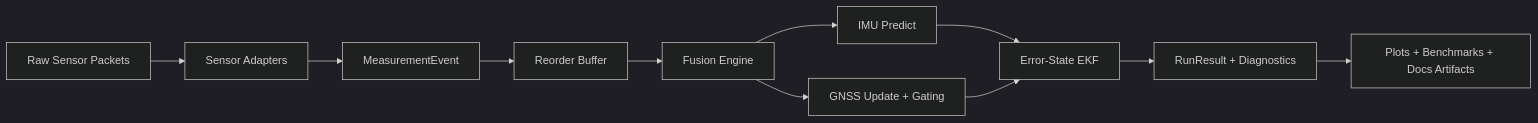
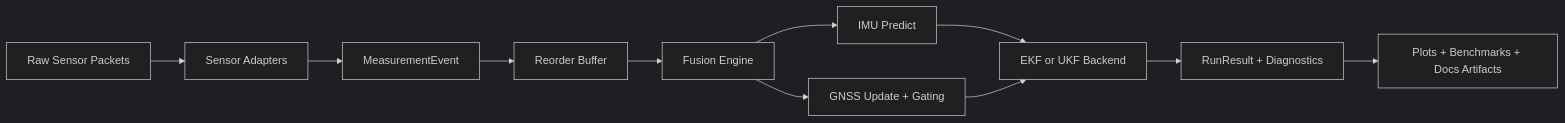
Before and after one commit to leo-01000111/navfusion: the diagram in README.md, drawn with Mermaid (dark theme). The commit also changed other lines of this file and 14 other files, not shown here.

Commit message:
feat: add UKF backend with config-based selection, tests, and EKF-vs-UKF benchmarking

````diff
--- a/README.md
+++ b/README.md
@@ -22,13 +22,13 @@
 ```mermaid
 flowchart LR
     A[Raw Sensor Packets] --> B[Sensor Adapters]
     B --> C[MeasurementEvent]
     C --> D[Reorder Buffer]
     D --> E[Fusion Engine]
     E --> F[IMU Predict]
     E --> G[GNSS Update + Gating]
-    F --> H[Error-State EKF]
+    F --> H[EKF or UKF Backend]
     G --> H
     H --> I[RunResult + Diagnostics]
     I --> J[Plots + Benchmarks + Docs Artifacts]
 ```
````
